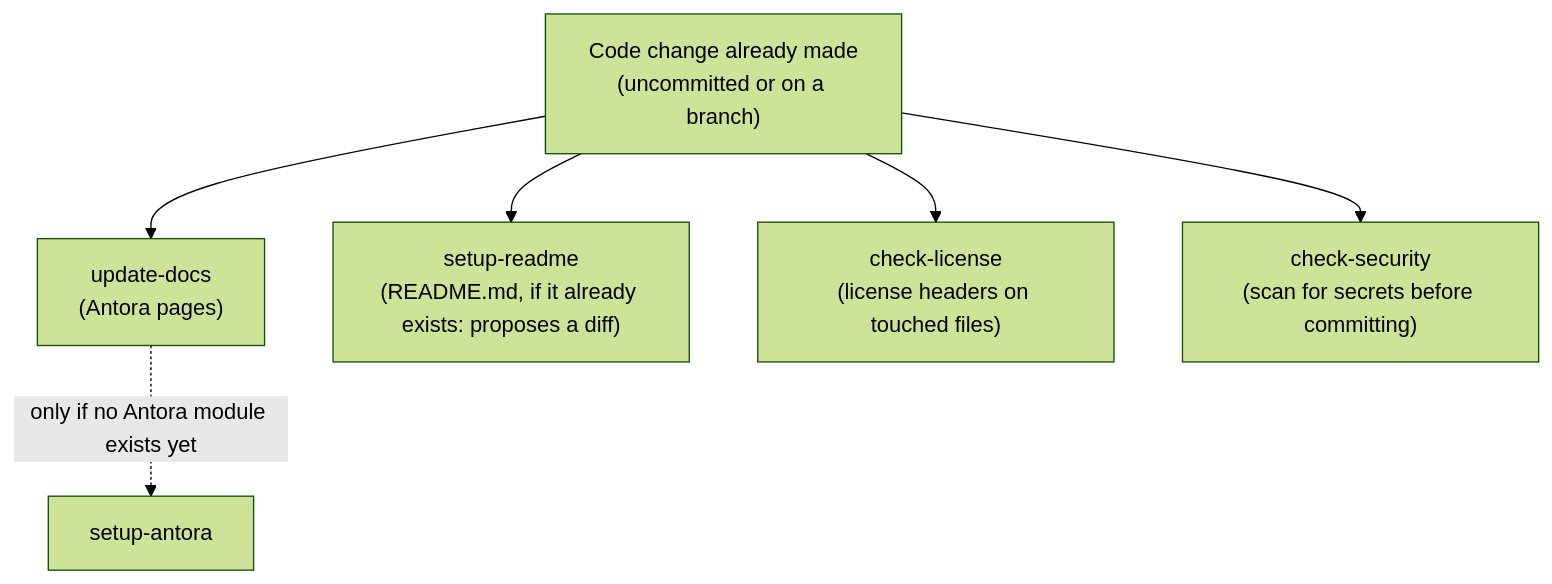
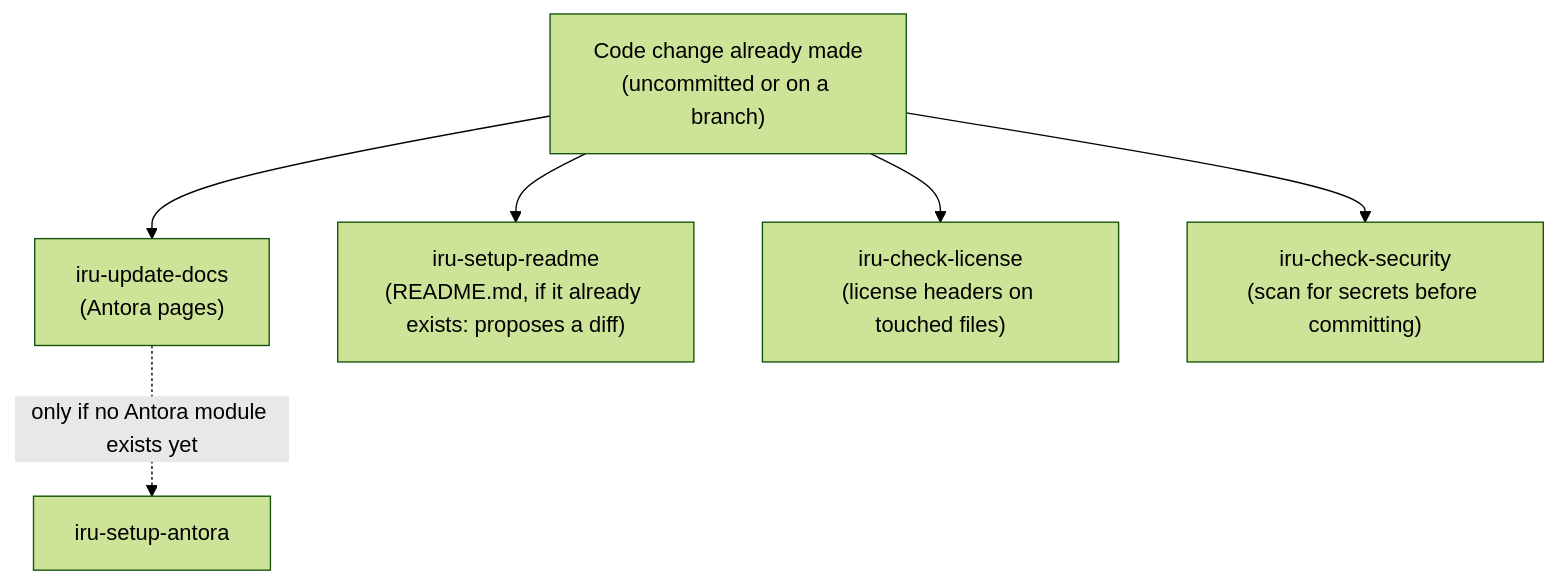
Before and after one commit to albertoirurueta/ai-catalog: the sixth of 7 diagrams in docs/modules/ROOT/pages/index.adoc, drawn with Mermaid (forest theme). The commit also changed other lines of this file and 174 other files, not shown here.

```diff
--- a/docs/modules/ROOT/pages/index.adoc
+++ b/docs/modules/ROOT/pages/index.adoc
@@ -856,9 +861,9 @@
 [mermaid]
 ....
 flowchart TD
-    Code["Code change already made\n(uncommitted or on a branch)"] --> UD["update-docs\n(Antora pages)"]
-    Code --> RM["setup-readme\n(README.md, if it already exists: proposes a diff)"]
-    Code --> CLI["check-license\n(license headers on touched files)"]
-    Code --> CSEC["check-security\n(scan for secrets before committing)"]
-    UD -.->|only if no Antora module exists yet| AS["setup-antora"]
+    Code["Code change already made\n(uncommitted or on a branch)"] --> UD["iru-update-docs\n(Antora pages)"]
+    Code --> RM["iru-setup-readme\n(README.md, if it already exists: proposes a diff)"]
+    Code --> CLI["iru-check-license\n(license headers on touched files)"]
+    Code --> CSEC["iru-check-security\n(scan for secrets before committing)"]
+    UD -.->|only if no Antora module exists yet| AS["iru-setup-antora"]
 ....
```
